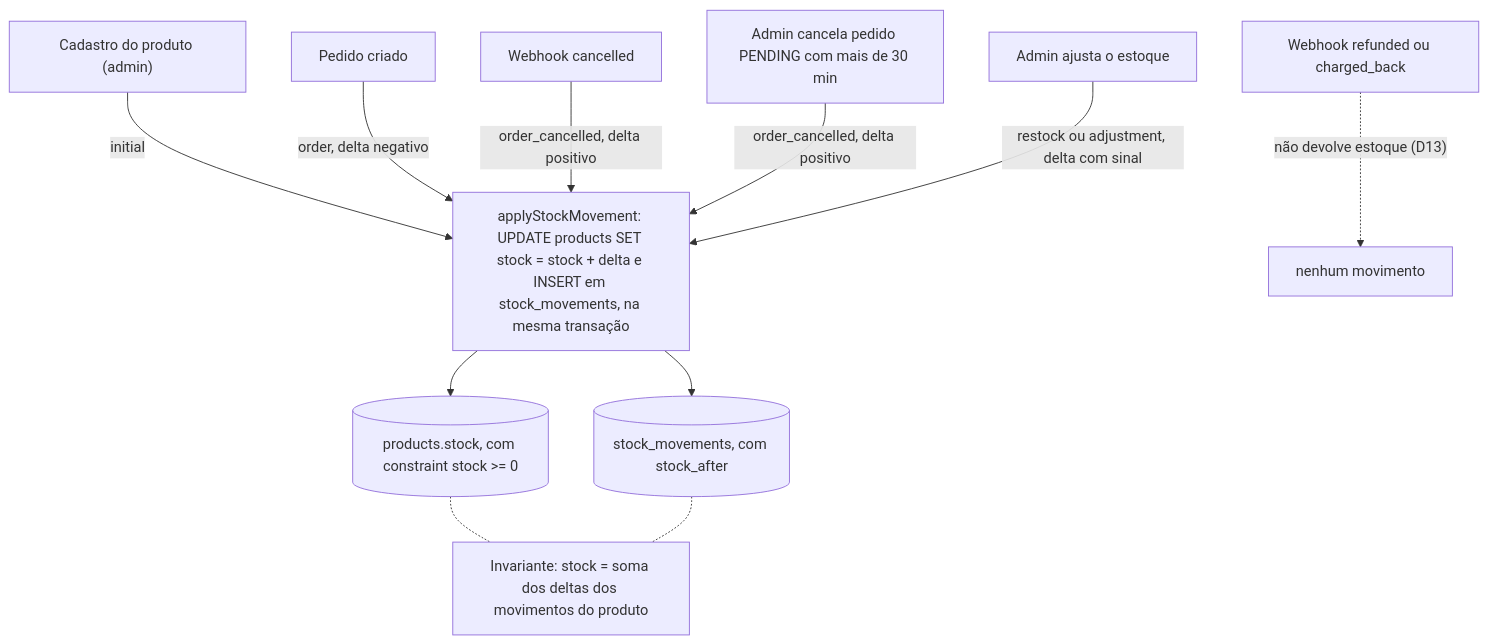
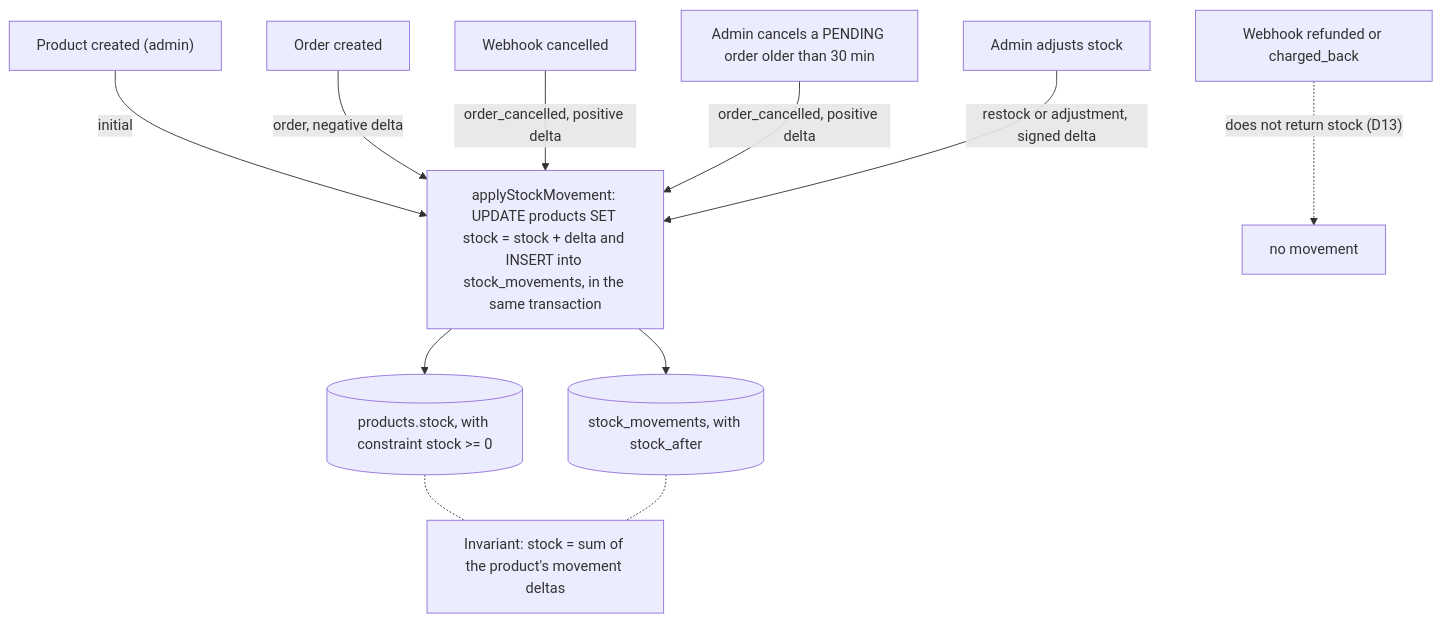
Before and after one commit to hiagoka/bancada: the second of 3 diagrams in README.md, drawn with Mermaid. The commit also changed other lines of this file, not shown here.

````diff
--- a/README.md
+++ b/README.md
@@ -102,15 +104,15 @@
 ```mermaid
 flowchart TD
-    N["Cadastro do produto (admin)"] -->|"initial"| L
-    P["Pedido criado"] -->|"order, delta negativo"| L
-    W["Webhook cancelled"] -->|"order_cancelled, delta positivo"| L
-    X["Admin cancela pedido PENDING com mais de 30 min"] -->|"order_cancelled, delta positivo"| L
-    J["Admin ajusta o estoque"] -->|"restock ou adjustment, delta com sinal"| L
-    R["Webhook refunded ou charged_back"] -.->|"não devolve estoque (D13)"| Z["nenhum movimento"]
+    N["Product created (admin)"] -->|"initial"| L
+    P["Order created"] -->|"order, negative delta"| L
+    W["Webhook cancelled"] -->|"order_cancelled, positive delta"| L
+    X["Admin cancels a PENDING order older than 30 min"] -->|"order_cancelled, positive delta"| L
+    J["Admin adjusts stock"] -->|"restock or adjustment, signed delta"| L
+    R["Webhook refunded or charged_back"] -.->|"does not return stock (D13)"| Z["no movement"]
 
-    L["applyStockMovement: UPDATE products SET stock = stock + delta e INSERT em stock_movements, na mesma transação"]
-    L --> S[("products.stock, com constraint stock >= 0")]
-    L --> K[("stock_movements, com stock_after")]
-    S -.- I["Invariante: stock = soma dos deltas dos movimentos do produto"]
+    L["applyStockMovement: UPDATE products SET stock = stock + delta and INSERT into stock_movements, in the same transaction"]
+    L --> S[("products.stock, with constraint stock >= 0")]
+    L --> K[("stock_movements, with stock_after")]
+    S -.- I["Invariant: stock = sum of the product's movement deltas"]
     K -.- I
 ```
````
